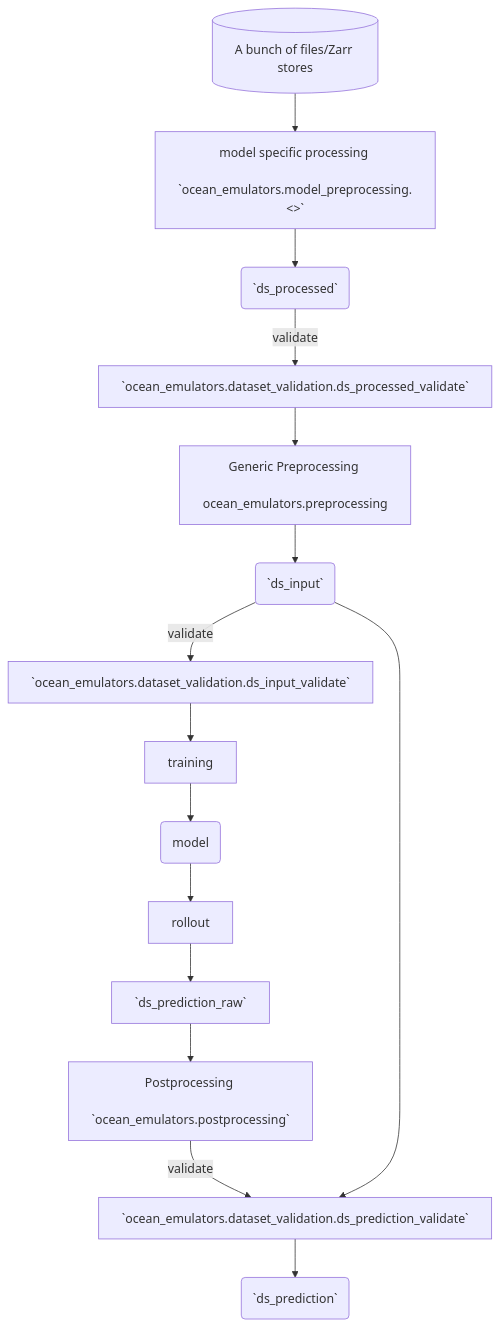
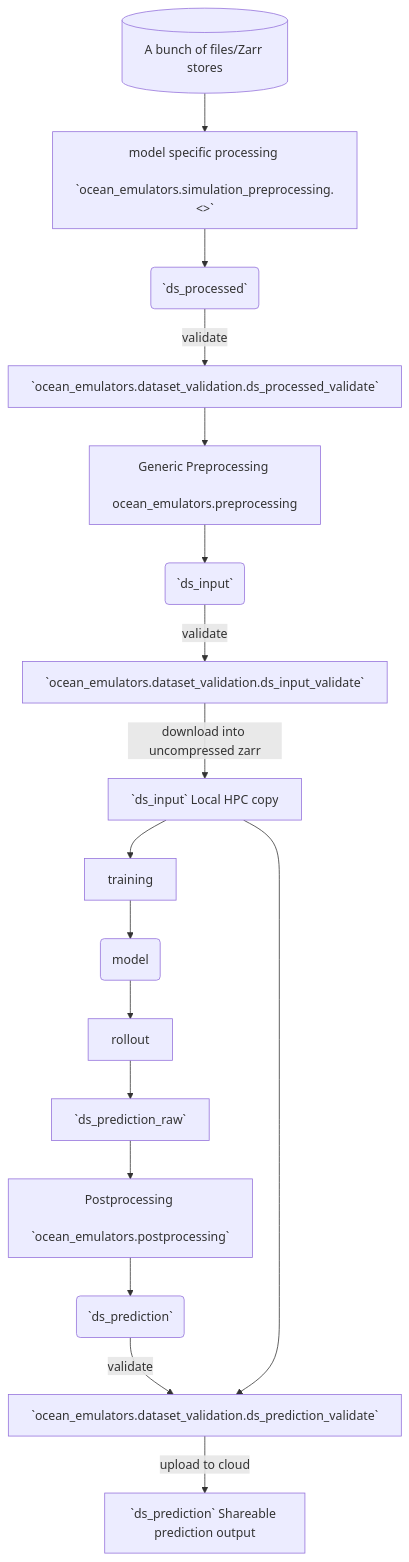
Before and after one commit to m2lines/Samudra: the diagram in data/README.md, drawn with Mermaid.

````diff
--- a/data/README.md
+++ b/data/README.md
@@ -5,17 +5,19 @@
 ```mermaid
 flowchart TD
-    a[(A bunch of files/Zarr stores)] --> A[model specific processing \n `ocean_emulators.model_preprocessing.<>`]
+    a[(A bunch of files/Zarr stores)] --> A[model specific processing \n `ocean_emulators.simulation_preprocessing.<>`]
     A -->  b(`ds_processed`)
     b --> |validate| B[`ocean_emulators.dataset_validation.ds_processed_validate`]
     B --> C[Generic Preprocessing \n ocean_emulators.preprocessing]
     C --> c(`ds_input`)
     c --> |validate| D[`ocean_emulators.dataset_validation.ds_input_validate`]
-    D --> E[training]
+    D --> |download into uncompressed zarr| CC[ `ds_input` Local HPC copy]
+    CC --> E[training]
     E --> d(model)
     d --> F[rollout]
     F --> e[`ds_prediction_raw`]
     e --> H[Postprocessing \n `ocean_emulators.postprocessing`]
-    H --> |validate| I[`ocean_emulators.dataset_validation.ds_prediction_validate`]
-    c --> I
-    I --> f(`ds_prediction`)
+    H --> f(`ds_prediction`)
+    f -->|validate| I[`ocean_emulators.dataset_validation.ds_prediction_validate`]
+    CC --> I
+    I --> |upload to cloud| J[`ds_prediction` Shareable prediction output]
 ```
````
